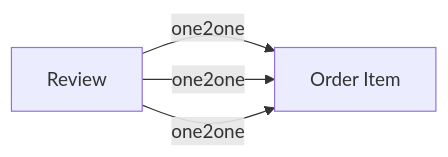
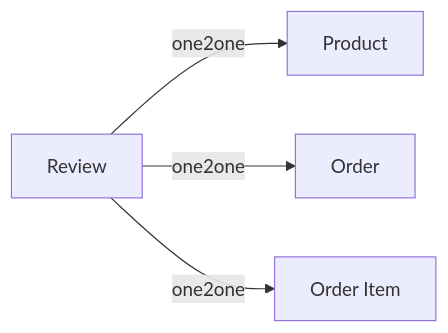
Before and after one commit to duan-li/worklog: the third of 3 diagrams in _posts/2018-02-19-simple-store.md, drawn with Mermaid. The commit also changed other lines of this file, not shown here.

````diff
--- a/_posts/2018-02-19-simple-store.md
+++ b/_posts/2018-02-19-simple-store.md
@@ -65,6 +65,6 @@
 ```mermaid
 graph LR
 R[Review] -- one2one --> P[Product]
-R[Review] -- one2one --> P[Order]
-R[Review] -- one2one --> P[Order Item]
+R[Review] -- one2one --> O[Order]
+R[Review] -- one2one --> I[Order Item]
 ```
````
